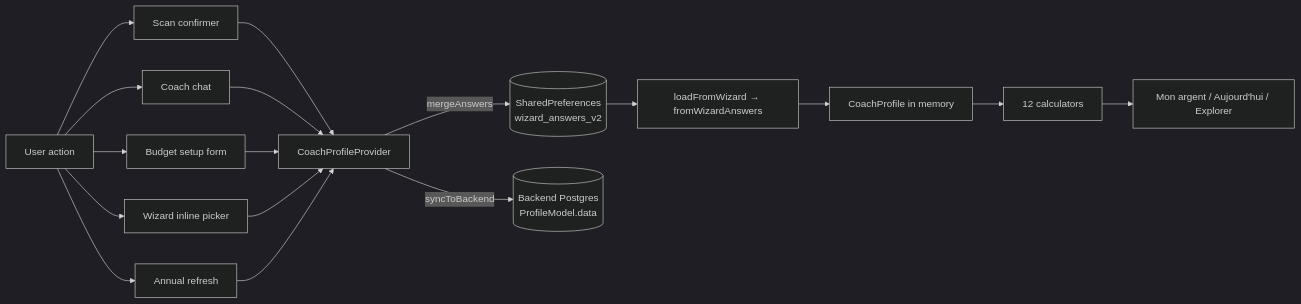
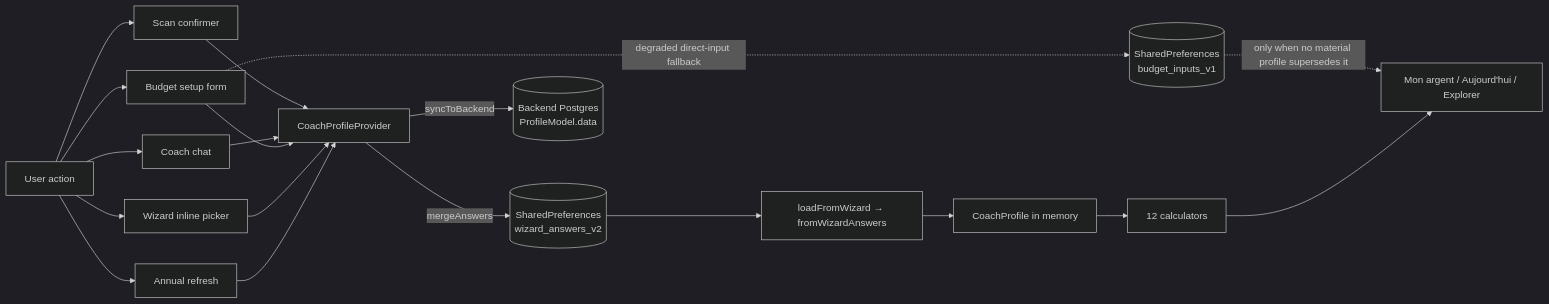
Before and after one commit to MINT-IA/MINT: the diagram in docs/data-flow.md, drawn with Mermaid (dark theme). The commit also changed other lines of this file and 3 other files, not shown here.

````diff
--- a/docs/data-flow.md
+++ b/docs/data-flow.md
@@ -19,21 +19,23 @@
 ```mermaid
 flowchart LR
     U[User action] --> W1[Scan confirmer]
     U --> W2[Coach chat]
     U --> W3[Budget setup form]
     U --> W4[Wizard inline picker]
     U --> W5[Annual refresh]
 
     W1 --> PROV[CoachProfileProvider]
     W2 --> PROV
     W3 --> PROV
     W4 --> PROV
     W5 --> PROV
 
     PROV -- mergeAnswers --> SP[(SharedPreferences<br/>wizard_answers_v2)]
+    W3 -. degraded direct-input fallback .-> BUDGET[(SharedPreferences<br/>budget_inputs_v1)]
     PROV -- syncToBackend --> BE[(Backend Postgres<br/>ProfileModel.data)]
     SP --> LOAD[loadFromWizard → fromWizardAnswers]
     LOAD --> PROFILE[CoachProfile in memory]
     PROFILE --> CALCS[12 calculators]
+    BUDGET -. only when no material profile supersedes it .-> UI
     CALCS --> UI[Mon argent / Aujourd'hui / Explorer]
 ```
````
